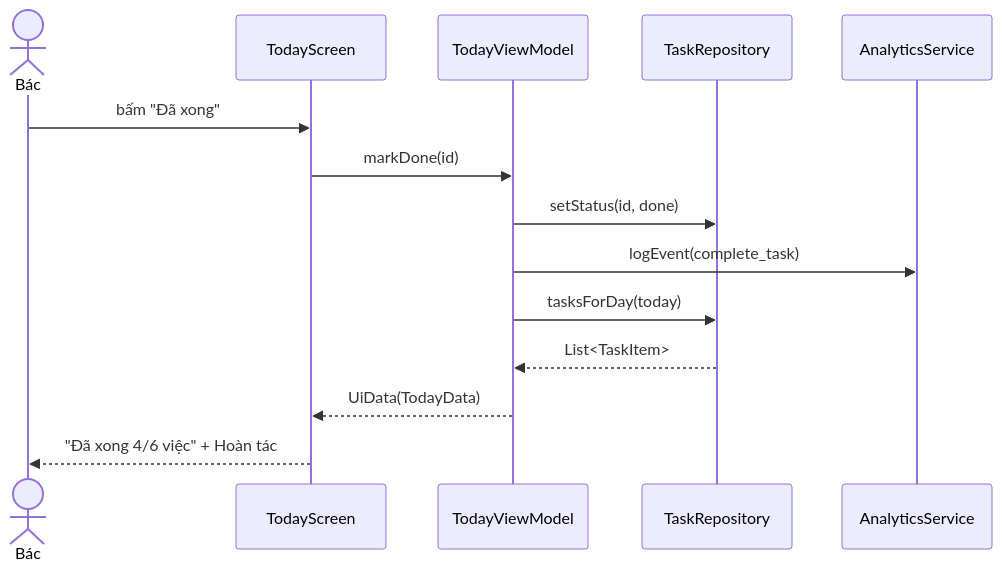
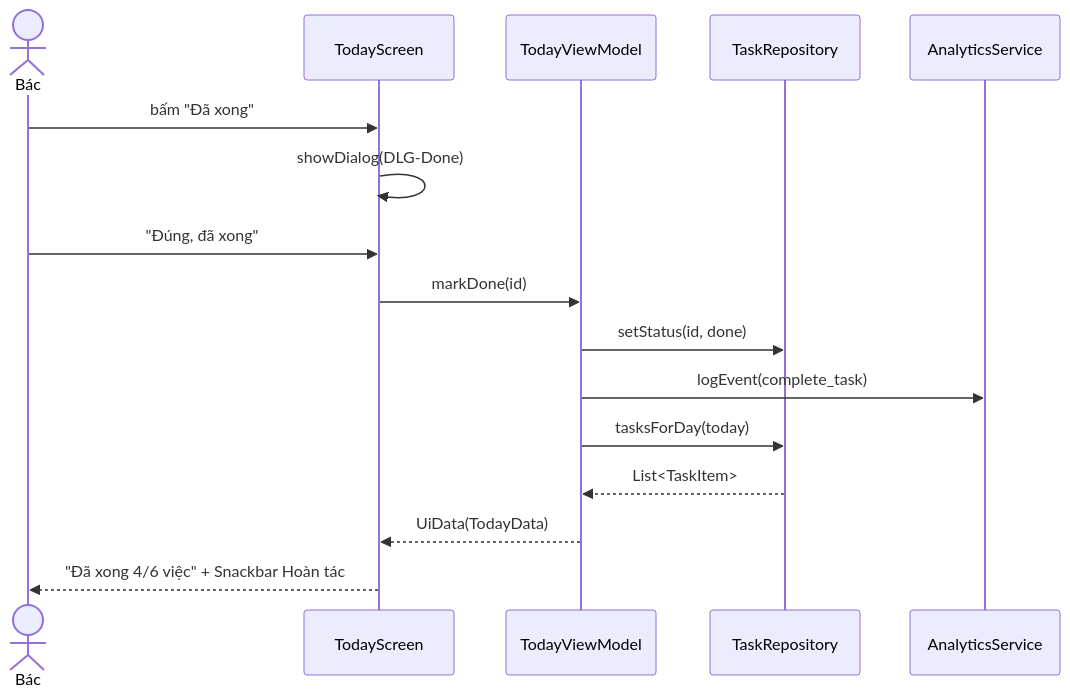
Before and after one commit to PhucSanh/PRM-LAB3: the second of 3 diagrams in PRM393_Lab03_AnNhien/docs/architecture.md, drawn with Mermaid. The commit also changed other lines of this file and 5 other files, not shown here.

````diff
--- a/PRM393_Lab03_AnNhien/docs/architecture.md
+++ b/PRM393_Lab03_AnNhien/docs/architecture.md
@@ -32,16 +46,18 @@
 ```mermaid
 sequenceDiagram
   actor Bac as Bác
   participant UI as TodayScreen
   participant VM as TodayViewModel
   participant R as TaskRepository
   participant A as AnalyticsService
   Bac->>UI: bấm "Đã xong"
+  UI->>UI: showDialog(DLG-Done)
+  Bac->>UI: "Đúng, đã xong"
   UI->>VM: markDone(id)
   VM->>R: setStatus(id, done)
   VM->>A: logEvent(complete_task)
   VM->>R: tasksForDay(today)
   R-->>VM: List<TaskItem>
   VM-->>UI: UiData(TodayData)
-  UI-->>Bac: "Đã xong 4/6 việc" + Hoàn tác
+  UI-->>Bac: "Đã xong 4/6 việc" + Snackbar Hoàn tác
 ```
````
